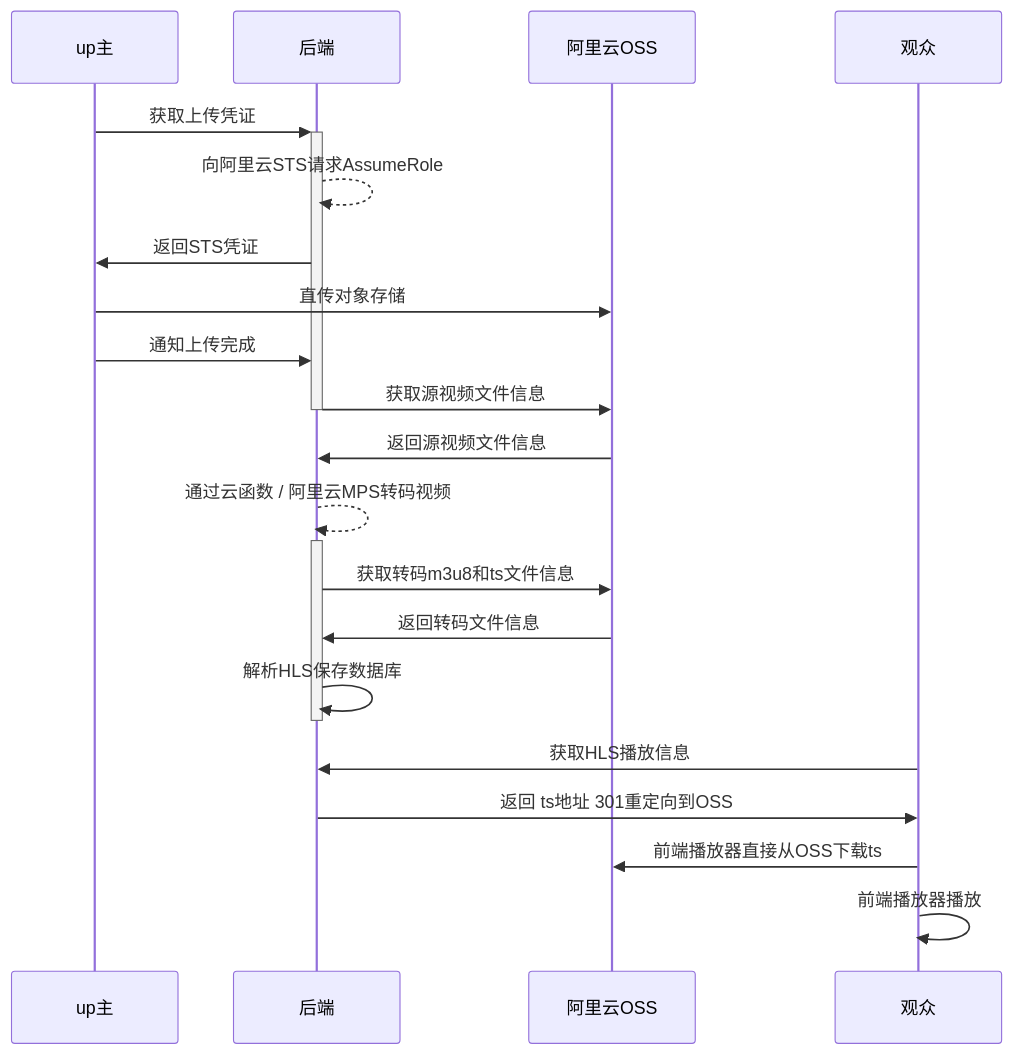
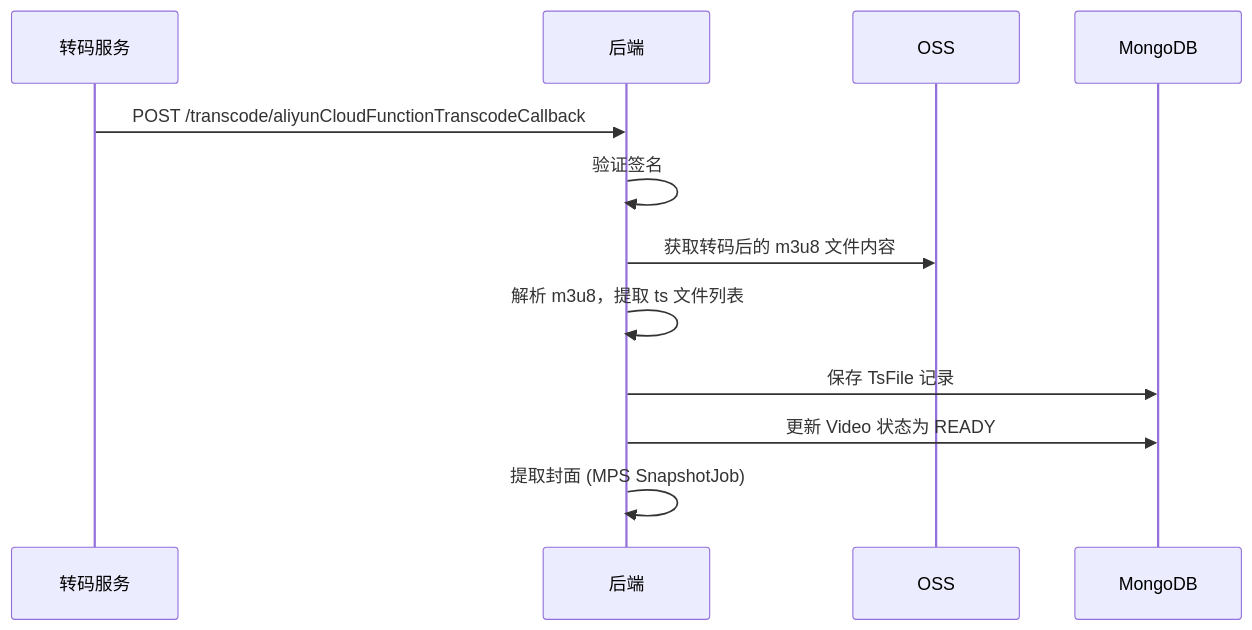
Before and after one commit to makewheels/video-2022: the second of 3 diagrams in docs/1-关键设计.md, drawn with Mermaid. The commit also changed other lines of this file and 9 other files, not shown here.

````diff
--- a/docs/1-关键设计.md
+++ b/docs/1-关键设计.md
@@ -3,18 +129,15 @@
 ```mermaid
 sequenceDiagram
-    up主->>+后端: 获取上传凭证
-    后端-->>后端: 向阿里云STS请求AssumeRole
-    后端->>up主: 返回STS凭证
-    up主->>阿里云OSS: 直传对象存储
-    up主->>后端: 通知上传完成
-    后端->>-阿里云OSS: 获取源视频文件信息
-    阿里云OSS->>后端: 返回源视频文件信息
-    后端-->>+后端: 通过云函数 / 阿里云MPS转码视频
-    后端->>阿里云OSS: 获取转码m3u8和ts文件信息
-    阿里云OSS->>后端: 返回转码文件信息
-    后端->>-后端: 解析HLS保存数据库
-    观众->>后端: 获取HLS播放信息
-    后端->>观众: 返回 ts地址 301重定向到OSS
-    观众->>阿里云OSS: 前端播放器直接从OSS下载ts
-    观众->>观众: 前端播放器播放
+    participant 转码服务
+    participant 后端
+    participant OSS
+    participant MongoDB
+
+    转码服务->>后端: POST /transcode/aliyunCloudFunctionTranscodeCallback
+    后端->>后端: 验证签名
+    后端->>OSS: 获取转码后的 m3u8 文件内容
+    后端->>后端: 解析 m3u8，提取 ts 文件列表
+    后端->>MongoDB: 保存 TsFile 记录
+    后端->>MongoDB: 更新 Video 状态为 READY
+    后端->>后端: 提取封面 (MPS SnapshotJob)
 ```
````
